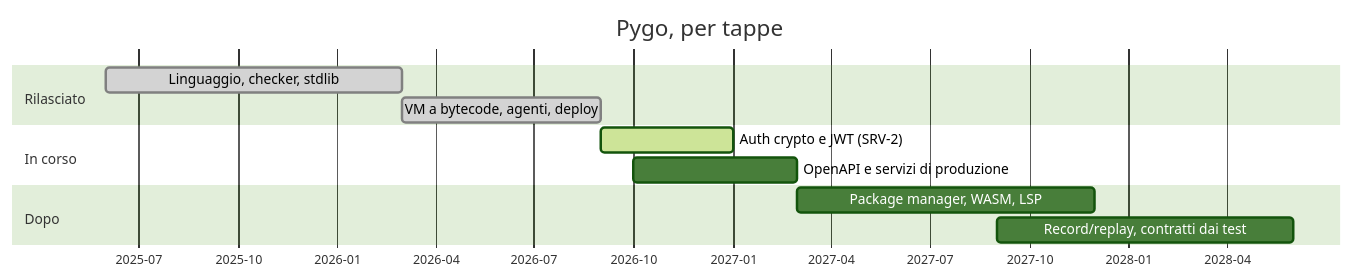
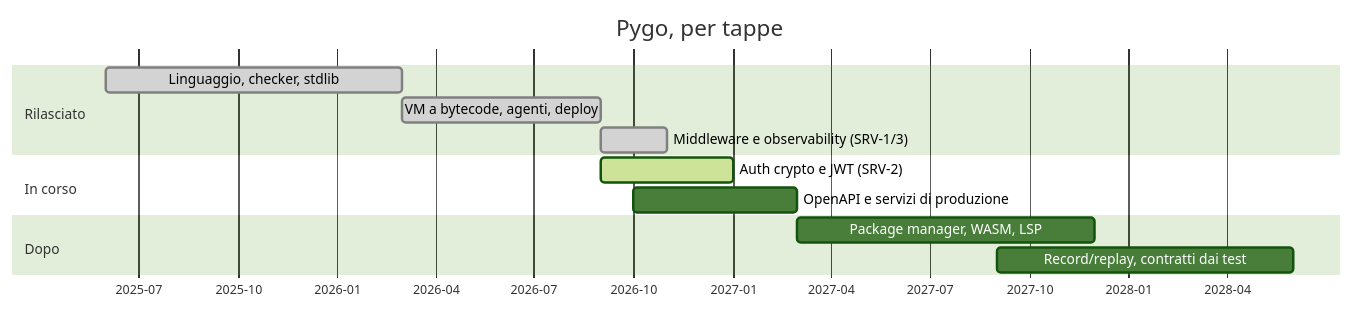
The third of 3 diagrams in README.md (marcodc74/pygo), drawn with Mermaid (forest theme) before and after one commit. The commit also changed other lines of this file and 12 other files, not shown here.

First line of the commit message:
Add HTTP observability (SRV-3): Prometheus metrics and OTLP spans

````diff
--- a/README.md
+++ b/README.md
@@ -447,15 +447,16 @@
 ```mermaid
 gantt
     title Pygo, per tappe
     dateFormat YYYY-MM-DD
     axisFormat %Y-%m
     section Rilasciato
     Linguaggio, checker, stdlib        :done, 2025-06-01, 2026-03-01
     VM a bytecode, agenti, deploy      :done, 2026-03-01, 2026-09-01
+    Middleware e observability (SRV-1/3) :done, 2026-09-01, 2026-11-01
     section In corso
     Auth crypto e JWT (SRV-2)          :active, 2026-09-01, 2027-01-01
     OpenAPI e servizi di produzione    :2026-10-01, 2027-03-01
     section Dopo
     Package manager, WASM, LSP         :2027-03-01, 2027-12-01
     Record/replay, contratti dai test  :2027-09-01, 2028-06-01
 ```
````
